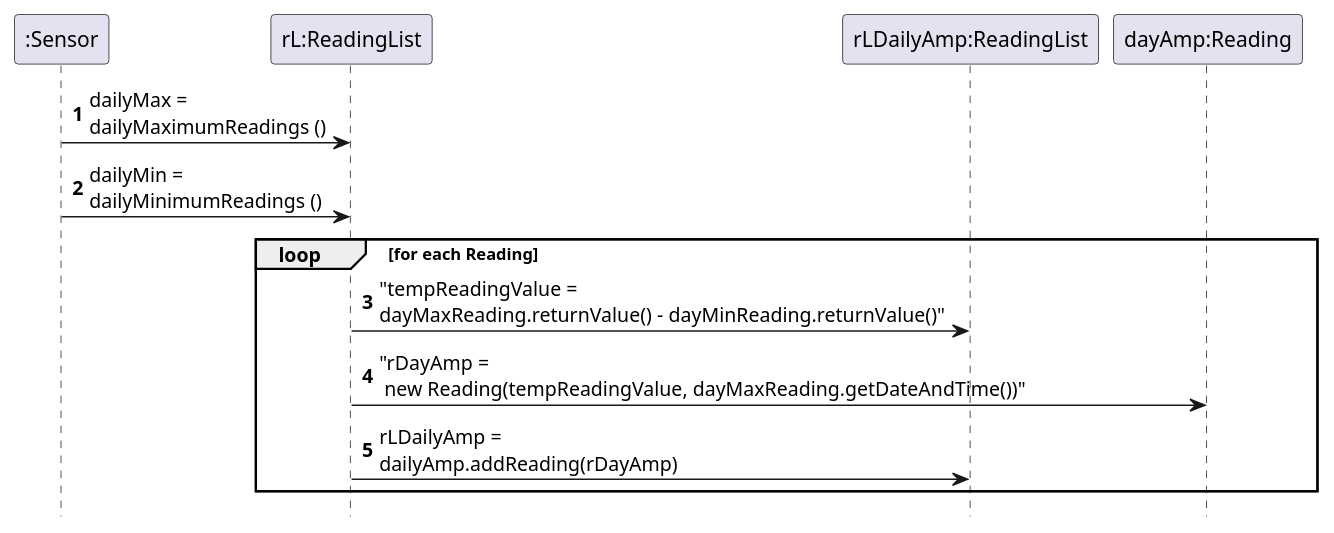
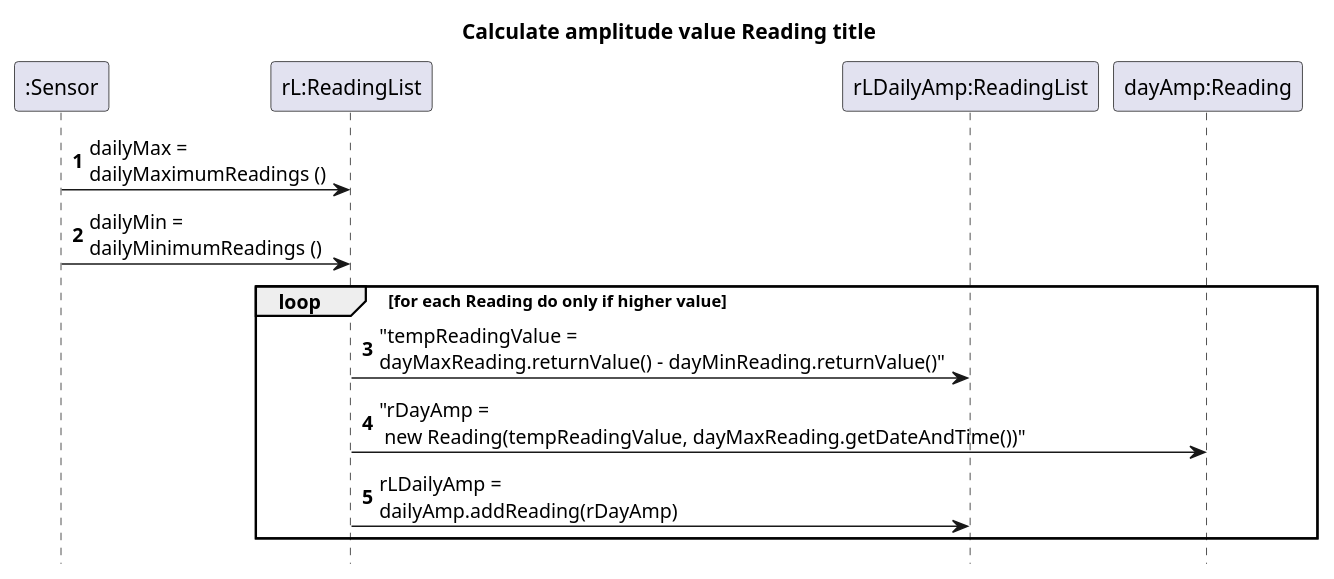
The diagram in src/main/java/smarthome/controller/sequenceDiagrams/sd_GetDailyAmplitude.puml (emanuel-pereira/hou), drawn with PlantUML before and after one commit. The commit also changed 1 other file, not shown here.

Commit message:
Update in Sequence diagrams of US633 Addresses #110

```diff
--- a/src/main/java/smarthome/controller/sequenceDiagrams/sd_GetDailyAmplitude.puml
+++ b/src/main/java/smarthome/controller/sequenceDiagrams/sd_GetDailyAmplitude.puml
@@ -1,13 +1,14 @@
 @startuml
+title Calculate amplitude value Reading title
 autonumber
 hidefootbox
 
 ":Sensor"-> "rL:ReadingList": dailyMax = \ndailyMaximumReadings ()
 ":Sensor"-> "rL:ReadingList": dailyMin = \ndailyMinimumReadings ()
-loop for each Reading
+loop for each Reading do only if higher value
 "rL:ReadingList" -> "rLDailyAmp:ReadingList": "tempReadingValue = \ndayMaxReading.returnValue() - dayMinReading.returnValue()"
 "rL:ReadingList" -> "dayAmp:Reading": "rDayAmp = \n new Reading(tempReadingValue, dayMaxReading.getDateAndTime())"
  "rL:ReadingList" -> "rLDailyAmp:ReadingList": rLDailyAmp = \ndailyAmp.addReading(rDayAmp)
 end
 
 @enduml
```
